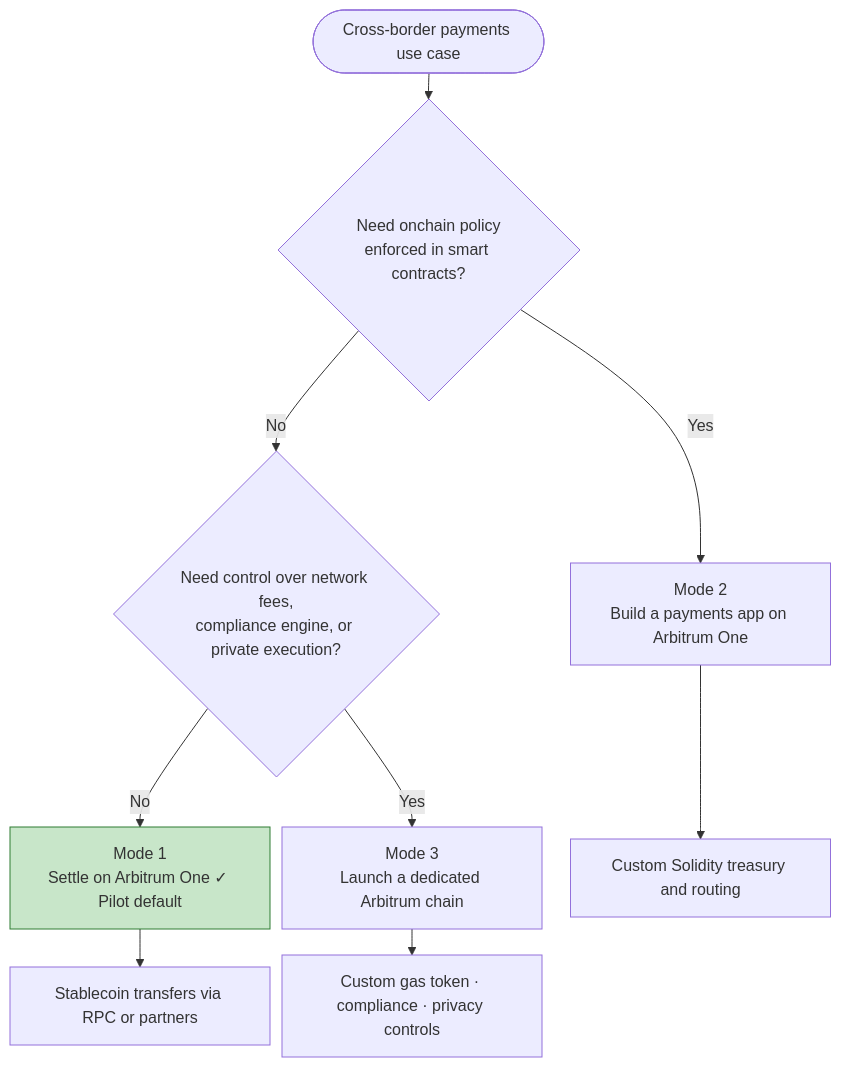
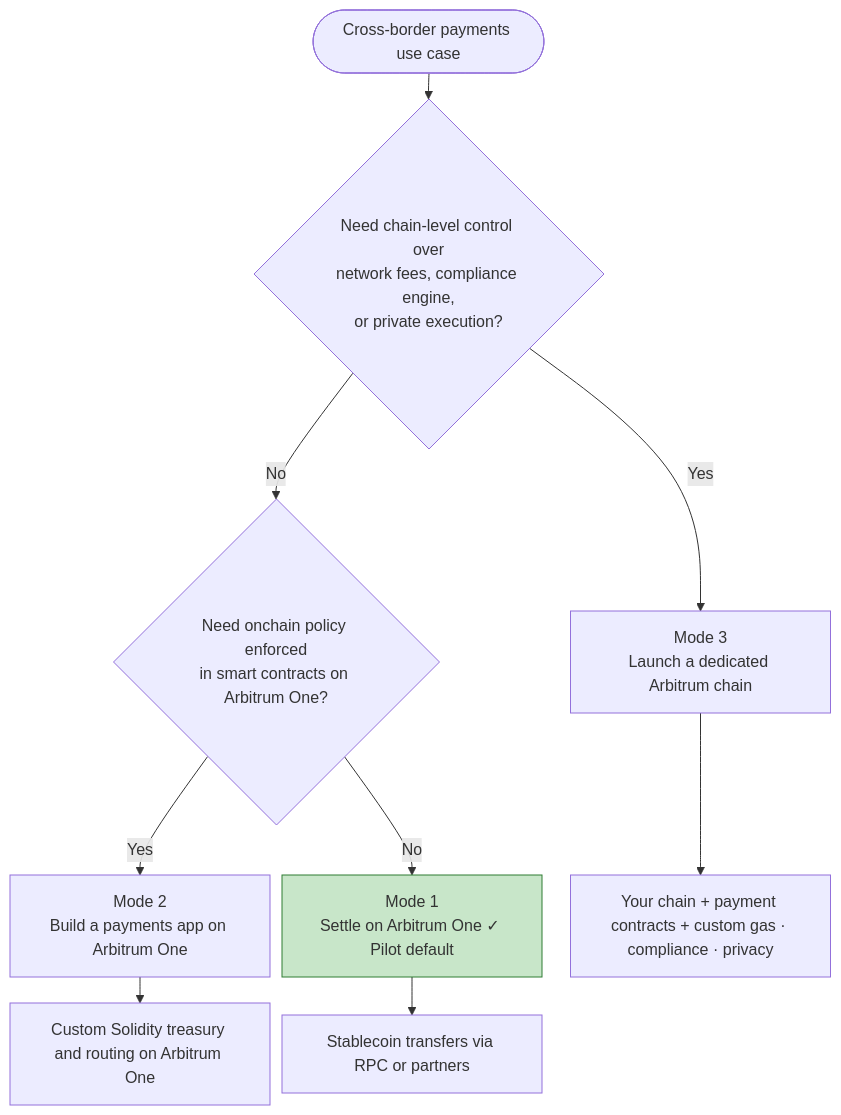
One commit to santiocl/arbitrum-docs changed the third of 4 diagrams in docs/solutions/cross-border-payments.mdx. Above: the diagram before and after it, drawn with Mermaid. The commit also changed other lines of this file, not shown here.

Commit message:
Update cross-border payments: ZeroDev, stablecoins, checklist, fixes

````diff
--- a/docs/solutions/cross-border-payments.mdx
+++ b/docs/solutions/cross-border-payments.mdx
@@ -75,15 +100,15 @@
 ```mermaid
 %%{init: {'flowchart': {'nodeSpacing': 12, 'rankSpacing': 26}}}%%
 flowchart TD
-    START([Cross-border payments use case]) --> Q1{Need onchain policy<br/>enforced in smart contracts?}
-    Q1 -->|No| Q2{Need control over network fees,<br/>compliance engine, or private execution?}
-    Q1 -->|Yes| M2[Mode 2<br/>Build a payments app on Arbitrum One]
+    START([Cross-border payments use case]) --> Q1{Need chain-level control over<br/>network fees, compliance engine,<br/>or private execution?}
+    Q1 -->|Yes| M3[Mode 3<br/>Launch a dedicated Arbitrum chain]
+    Q1 -->|No| Q2{Need onchain policy enforced<br/>in smart contracts on Arbitrum One?}
+    Q2 -->|Yes| M2[Mode 2<br/>Build a payments app on Arbitrum One]
     Q2 -->|No| M1[Mode 1<br/>Settle on Arbitrum One ✓ Pilot default]
-    Q2 -->|Yes| M3[Mode 3<br/>Launch a dedicated Arbitrum chain]
 
     M1 --> M1D[Stablecoin transfers via RPC or partners]
-    M2 --> M2D[Custom Solidity treasury and routing]
-    M3 --> M3D[Custom gas token · compliance · privacy controls]
+    M2 --> M2D[Custom Solidity treasury and routing on Arbitrum One]
+    M3 --> M3D[Your chain + payment contracts + custom gas · compliance · privacy]
 
     style M1 fill:#c8e6c9,stroke:#2e7d32
 ```
````
